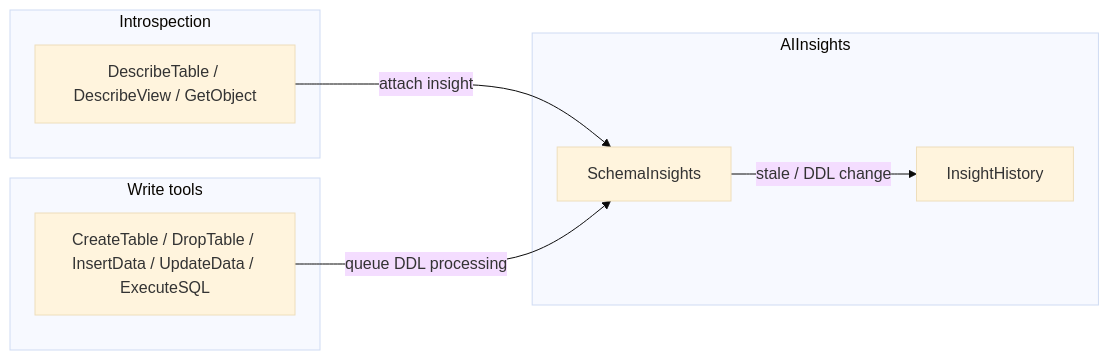
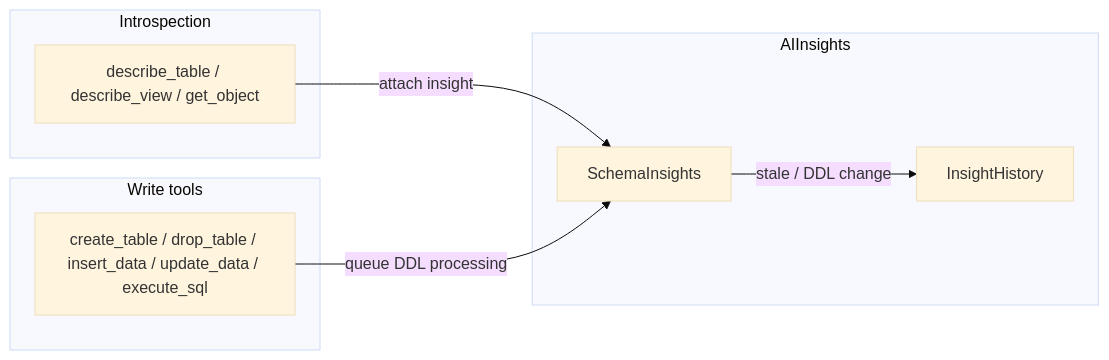
Before and after one commit to A-Point-Systems-ltd/ms-sql-mcp: the diagram in README.md, drawn with Mermaid (base theme). The commit also changed other lines of this file and 8 other files, not shown here.

````diff
--- a/README.md
+++ b/README.md
@@ -206,16 +206,16 @@
 ```mermaid
 flowchart LR
     subgraph introspect [Introspection]
-        DT[DescribeTable / DescribeView / GetObject]
+        DT[describe_table / describe_view / get_object]
     end
     subgraph cache [AIInsights]
         SI[SchemaInsights]
         IH[InsightHistory]
     end
     subgraph writes [Write tools]
-        W[CreateTable / DropTable / InsertData / UpdateData / ExecuteSQL]
+        W[create_table / drop_table / insert_data / update_data / execute_sql]
     end
     DT -->|attach insight| SI
     W -->|queue DDL processing| SI
     SI -->|stale / DDL change| IH
 ```
````
